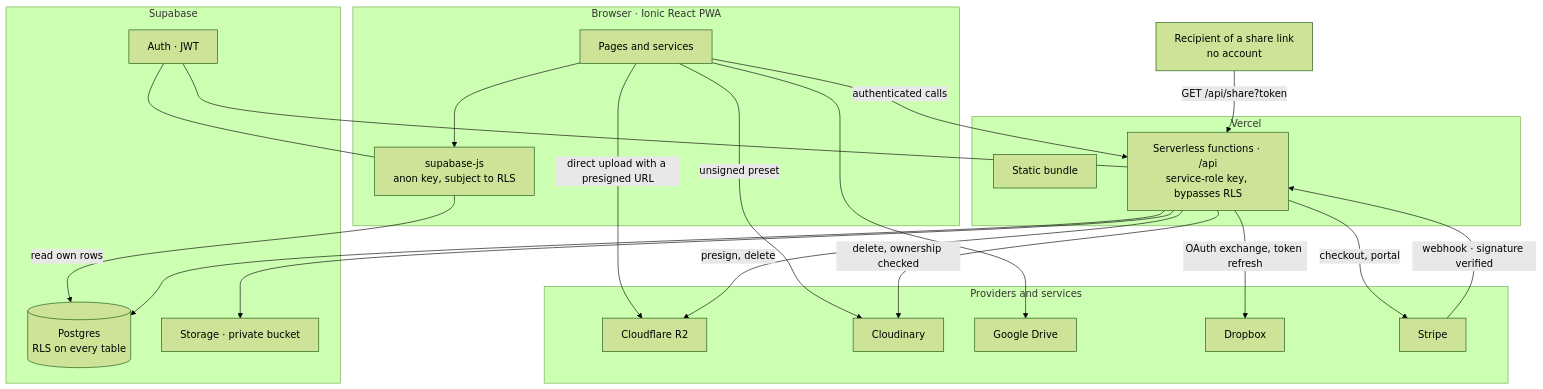
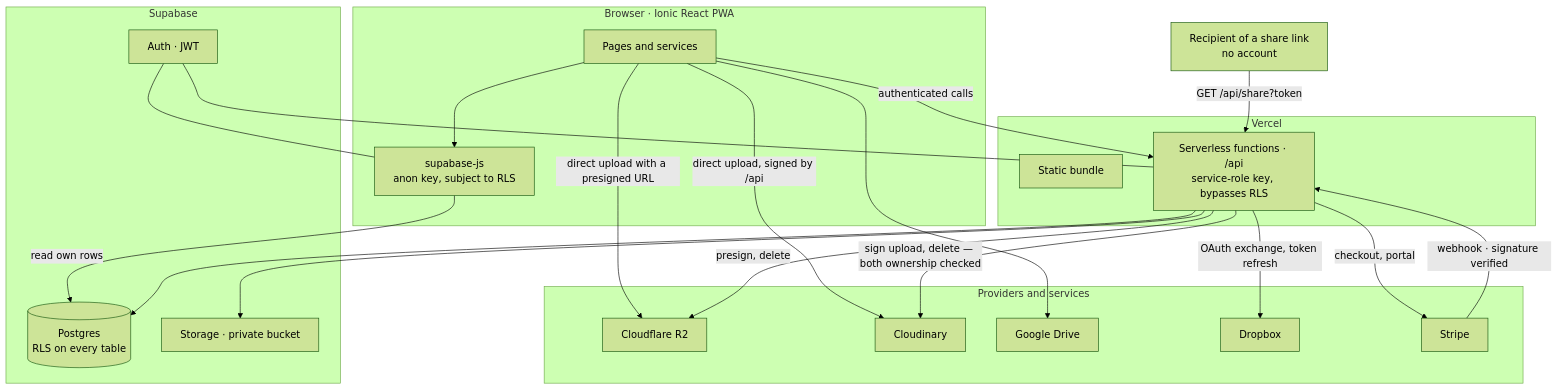
The diagram in README.md (Alexandr-Paleev/CloudStorageApp-Ionic), drawn with Mermaid (forest theme) before and after one commit. The commit also changed other lines of this file and 18 other files, not shown here.

````diff
--- a/README.md
+++ b/README.md
@@ -326,46 +332,46 @@
 ```mermaid
 flowchart TB
     subgraph browser["Browser · Ionic React PWA"]
         ui["Pages and services"]
         anon["supabase-js<br/>anon key, subject to RLS"]
     end
 
     subgraph vercel["Vercel"]
         static["Static bundle"]
         api["Serverless functions · /api<br/>service-role key, bypasses RLS"]
     end
 
     subgraph data["Supabase"]
         db[("Postgres<br/>RLS on every table")]
         auth["Auth · JWT"]
         sb_store["Storage · private bucket"]
     end
 
     subgraph external["Providers and services"]
         r2["Cloudflare R2"]
         cloudinary["Cloudinary"]
         drive["Google Drive"]
         dropbox["Dropbox"]
         stripe["Stripe"]
     end
 
     ui --> anon
     anon -->|"read own rows"| db
     ui -->|"authenticated calls"| api
     ui -->|"direct upload with a presigned URL"| r2
-    ui -->|"unsigned preset"| cloudinary
+    ui -->|"direct upload, signed by /api"| cloudinary
 
     api --> db
     api --> sb_store
     api -->|"presign, delete"| r2
-    api -->|"delete, ownership checked"| cloudinary
+    api -->|"sign upload, delete — both ownership checked"| cloudinary
     api -->|"checkout, portal"| stripe
     api -->|"OAuth exchange, token refresh"| dropbox
     ui --> drive
 
     stripe -->|"webhook · signature verified"| api
     auth --- anon
     auth --- api
 
     guest["Recipient of a share link<br/>no account"] -->|"GET /api/share?token"| api
 ```
````
